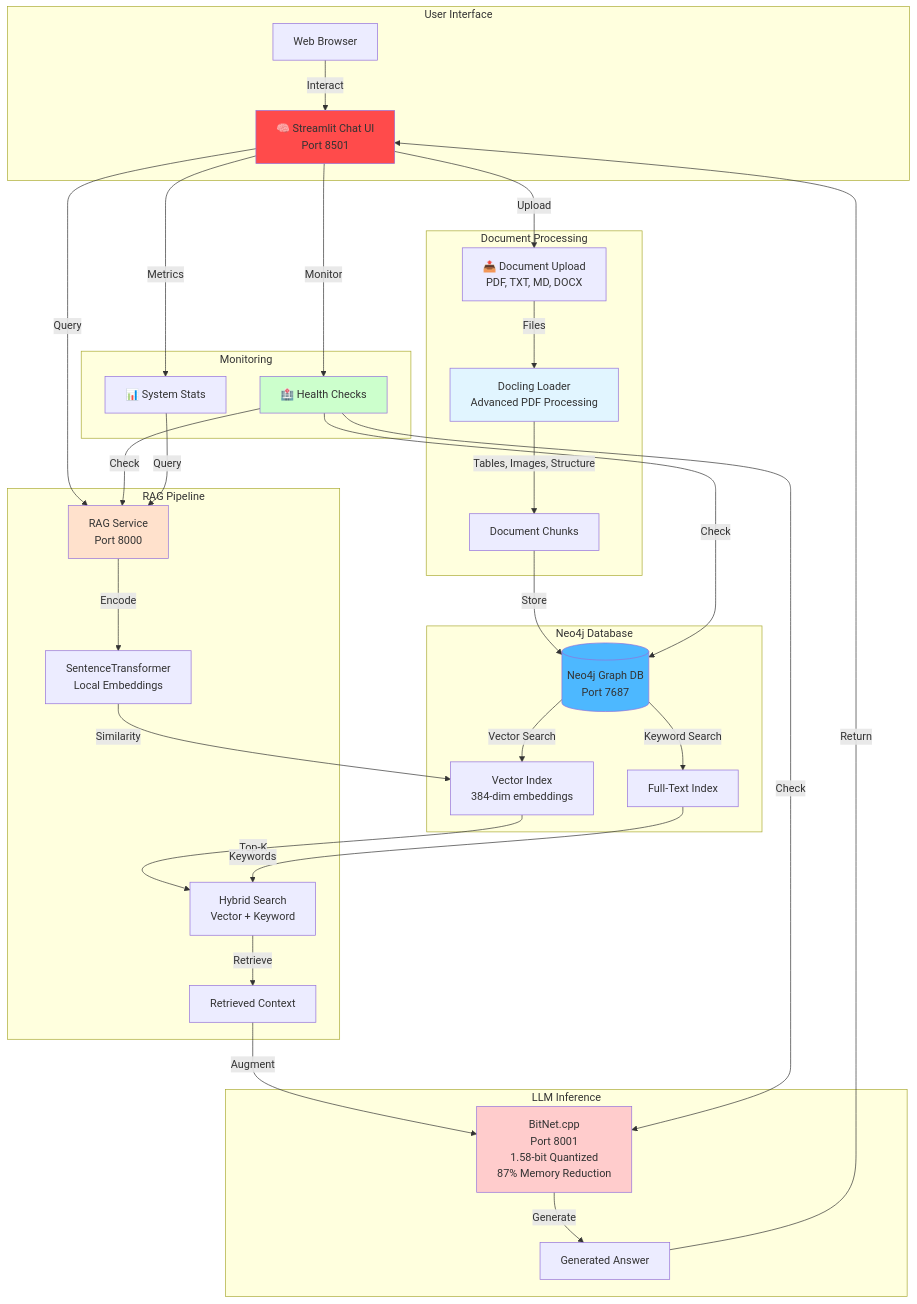
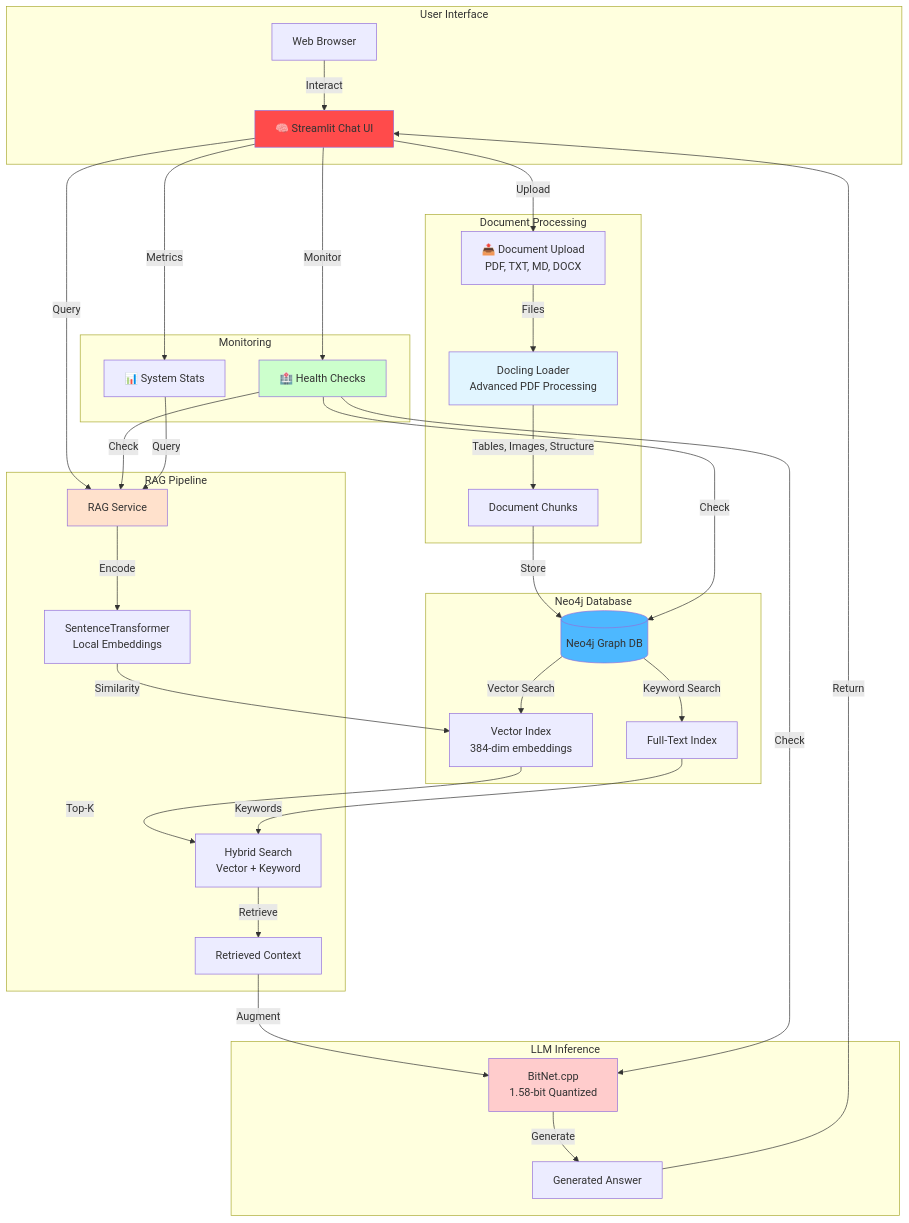
One commit to ma3u/neo4j-agentframework changed the first of 2 diagrams in README.md. Above: the diagram before and after it, drawn with Mermaid. The commit also changed other lines of this file and 2 other files, not shown here.

````diff
--- a/README.md
+++ b/README.md
@@ -41,61 +46,61 @@
 ```mermaid
 graph TB
     subgraph "User Interface"
-        StreamlitUI[🧠 Streamlit Chat UI<br/>Port 8501]
+        StreamlitUI[🧠 Streamlit Chat UI]
         WebUI[Web Browser]
         WebUI -->|Interact| StreamlitUI
     end
 
     subgraph "Document Processing"
         Upload[📤 Document Upload<br/>PDF, TXT, MD, DOCX]
         Docling[Docling Loader<br/>Advanced PDF Processing]
         Upload -->|Files| Docling
         Docling -->|Tables, Images, Structure| Chunks[Document Chunks]
     end
 
     subgraph "Neo4j Database"
-        Neo4j[(Neo4j Graph DB<br/>Port 7687)]
+        Neo4j[(Neo4j Graph DB)]
         Chunks -->|Store| Neo4j
         Neo4j -->|Vector Search| VectorIdx[Vector Index<br/>384-dim embeddings]
         Neo4j -->|Keyword Search| FullText[Full-Text Index]
     end
 
     subgraph "RAG Pipeline"
-        RAGAPI[RAG Service<br/>Port 8000]
+        RAGAPI[RAG Service]
         Embed[SentenceTransformer<br/>Local Embeddings]
         Search[Hybrid Search<br/>Vector + Keyword]
 
         StreamlitUI -->|Query| RAGAPI
         StreamlitUI -->|Upload| Upload
         RAGAPI -->|Encode| Embed
         Embed -->|Similarity| VectorIdx
         Search -->|Retrieve| Context[Retrieved Context]
         VectorIdx -->|Top-K| Search
         FullText -->|Keywords| Search
     end
 
     subgraph "LLM Inference"
-        BitNet[BitNet.cpp<br/>Port 8001<br/>1.58-bit Quantized<br/>87% Memory Reduction]
+        BitNet[BitNet.cpp<br/>1.58-bit Quantized]
         Context -->|Augment| BitNet
         BitNet -->|Generate| Answer[Generated Answer]
         Answer -->|Return| StreamlitUI
     end
 
     subgraph "Monitoring"
         Health[🏥 Health Checks]
         Stats[📊 System Stats]
         StreamlitUI -->|Monitor| Health
         StreamlitUI -->|Metrics| Stats
         Health -->|Check| Neo4j
         Health -->|Check| RAGAPI
         Health -->|Check| BitNet
         Stats -->|Query| RAGAPI
     end
 
     style StreamlitUI fill:#ff4b4b
     style Docling fill:#e1f5ff
     style Neo4j fill:#4db8ff
     style BitNet fill:#ffcccc
     style Health fill:#ccffcc
     style RAGAPI fill:#ffe1cc
 ```
````
